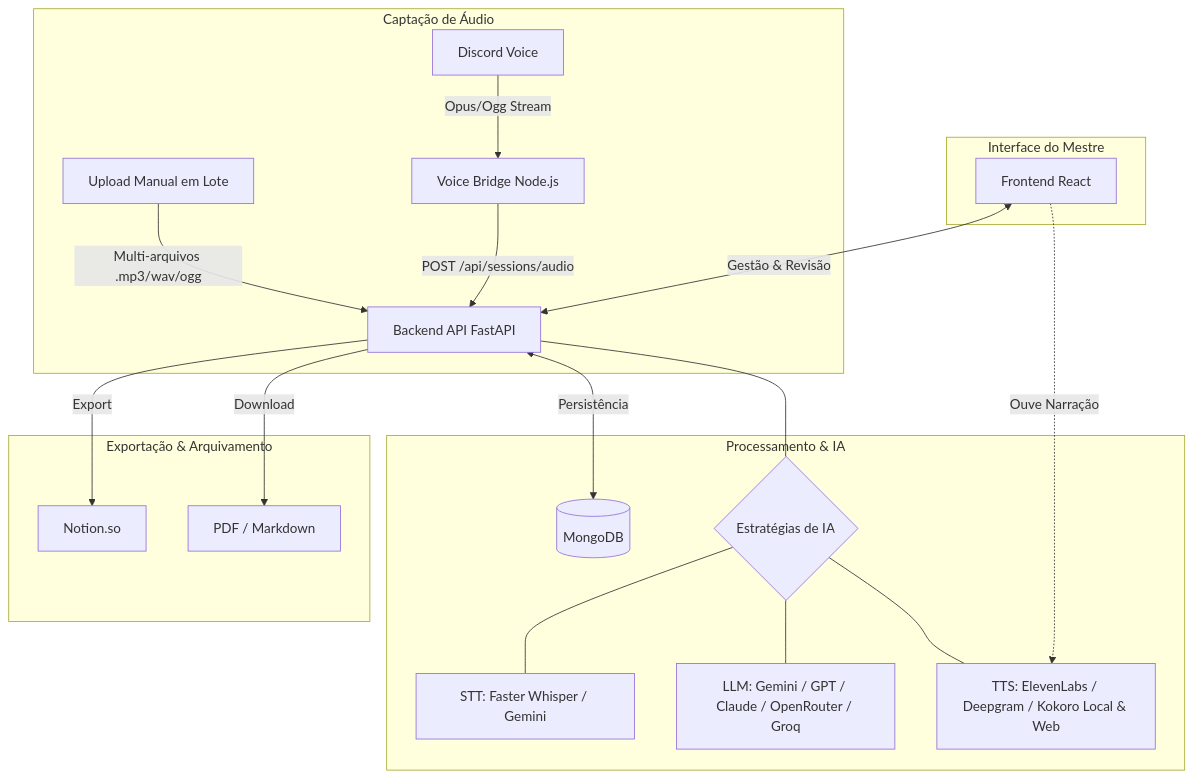
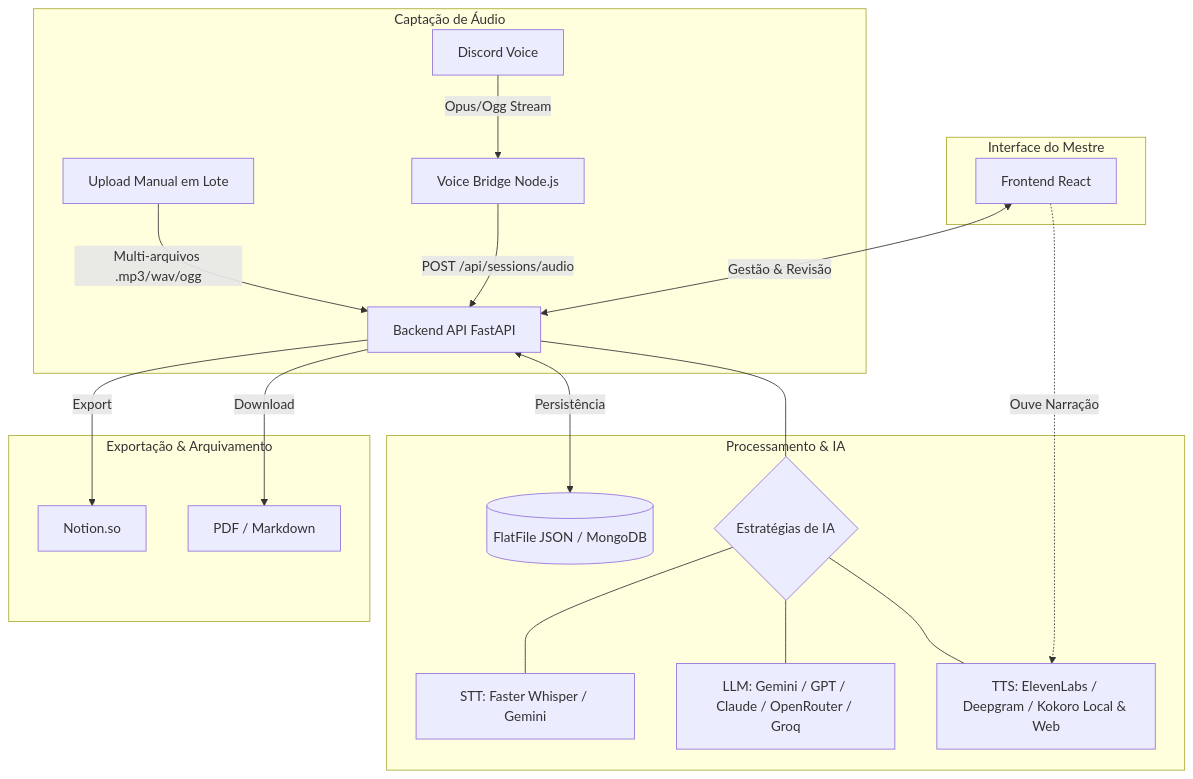
Before and after one commit to mukasc/EchoBot: the diagram in README.md, drawn with Mermaid. The commit also changed other lines of this file and 43 other files, not shown here.

````diff
--- a/README.md
+++ b/README.md
@@ -35,40 +35,40 @@
 ```mermaid
 graph TD
     subgraph "Captação de Áudio"
         A[Discord Voice] -->|Opus/Ogg Stream| B[Voice Bridge Node.js]
         A1[Upload Manual em Lote] -->|Multi-arquivos .mp3/wav/ogg| C
     end
 
     subgraph "Processamento & IA"
         C[Backend API FastAPI]
-        D[(MongoDB)]
+        D[(FlatFile JSON / MongoDB)]
         E{Estratégias de IA}
         
         E1[STT: Faster Whisper / Gemini]
         E2[LLM: Gemini / GPT / Claude / OpenRouter / Groq]
         E3[TTS: ElevenLabs / Deepgram / Kokoro Local & Web]
     end
 
     subgraph "Interface do Mestre"
         G[Frontend React]
     end
 
     subgraph "Exportação & Arquivamento"
         F[Notion.so]
         H[PDF / Markdown]
     end
 
     B -->|POST /api/sessions/audio| C
     C <-->|Persistência| D
     
     C --- E
     E --- E1
     E --- E2
     E --- E3
     
     C -->|Export| F
     C -->|Download| H
     
     G <-->|Gestão & Revisão| C
     G -.->|Ouve Narração| E3
 ```
````
